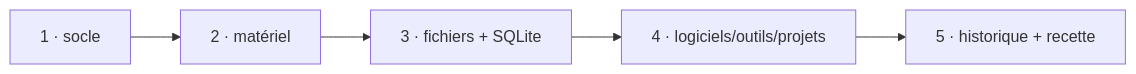
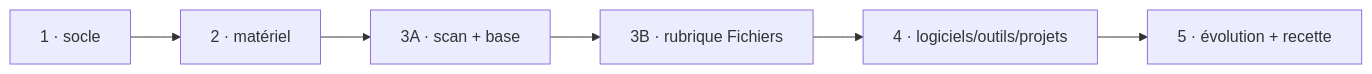
The diagram in docs/11-plan-de-developpement.md (Boitier13/ATLAS-PC), drawn with Mermaid before and after one commit. The commit also changed other lines of this file and 10 other files, not shown here.

First line of the commit message:
docs: v2.1 — la rubrique Fichiers devient la fonction centrale

````diff
--- a/docs/11-plan-de-developpement.md
+++ b/docs/11-plan-de-developpement.md
@@ -25,7 +28,8 @@
 ```mermaid
 flowchart LR
     E1[1 · socle] --> E2[2 · matériel]
-    E2 --> E3[3 · fichiers + SQLite]
-    E3 --> E4[4 · logiciels/outils/projets]
-    E4 --> E5[5 · historique + recette]
+    E2 --> E3A[3A · scan + base]
+    E3A --> E3B[3B · rubrique Fichiers]
+    E3B --> E4[4 · logiciels/outils/projets]
+    E4 --> E5[5 · évolution + recette]
 ```
````
